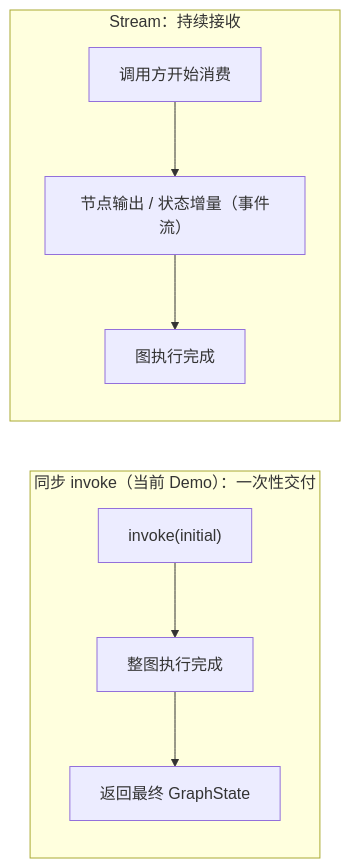
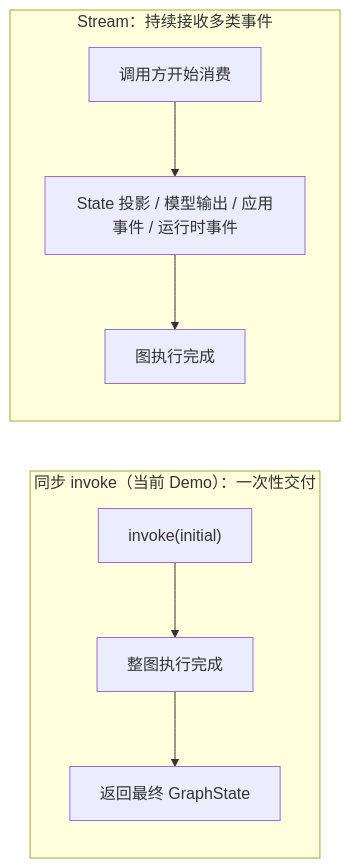
One commit to AnRun-M/enterprise-ai-agent-handbook changed the first of 4 diagrams in docs/03-langgraph-core/ch16-stream.md. Above: the diagram before and after it, drawn with Mermaid. The commit also changed other lines of this file and 2 other files, not shown here.

Commit message:
docs: refine stream modes and delivery boundaries

````diff
--- a/docs/03-langgraph-core/ch16-stream.md
+++ b/docs/03-langgraph-core/ch16-stream.md
@@ -22,10 +22,10 @@
 ```mermaid
 flowchart LR
     subgraph SYNC["同步 invoke（当前 Demo）：一次性交付"]
         S1["invoke(initial)"] --> S2["整图执行完成"] --> S3["返回最终 GraphState"]
     end
-    subgraph STREAM["Stream：持续接收"]
-        T1["调用方开始消费"] --> T2["节点输出 / 状态增量（事件流）"]
+    subgraph STREAM["Stream：持续接收多类事件"]
+        T1["调用方开始消费"] --> T2["State 投影 / 模型输出 / 应用事件 / 运行时事件"]
         T2 --> T3["图执行完成"]
     end
 ```
````
